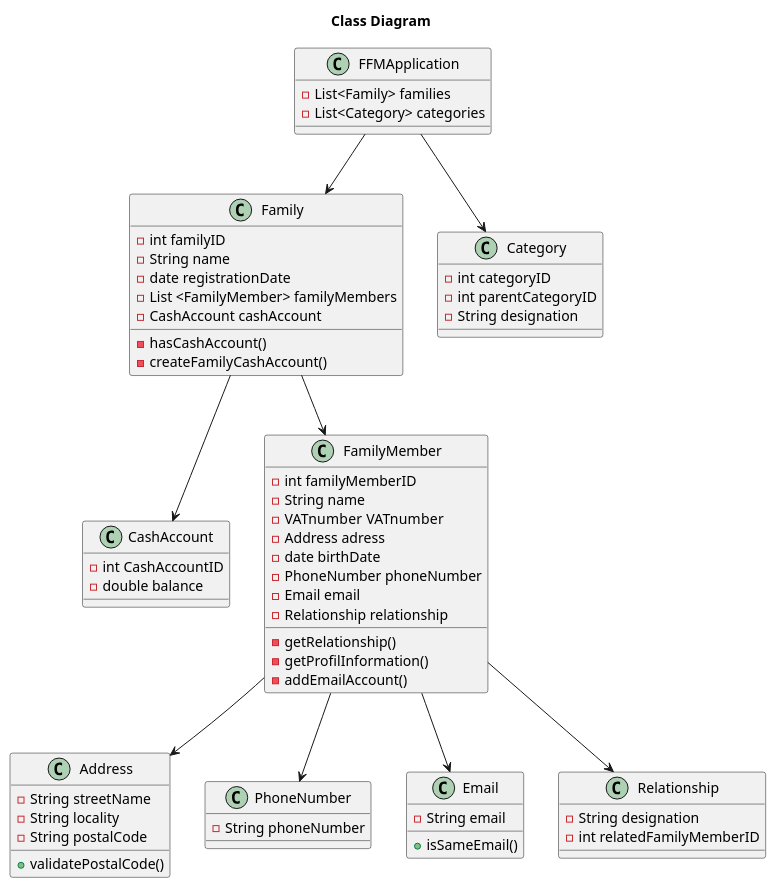
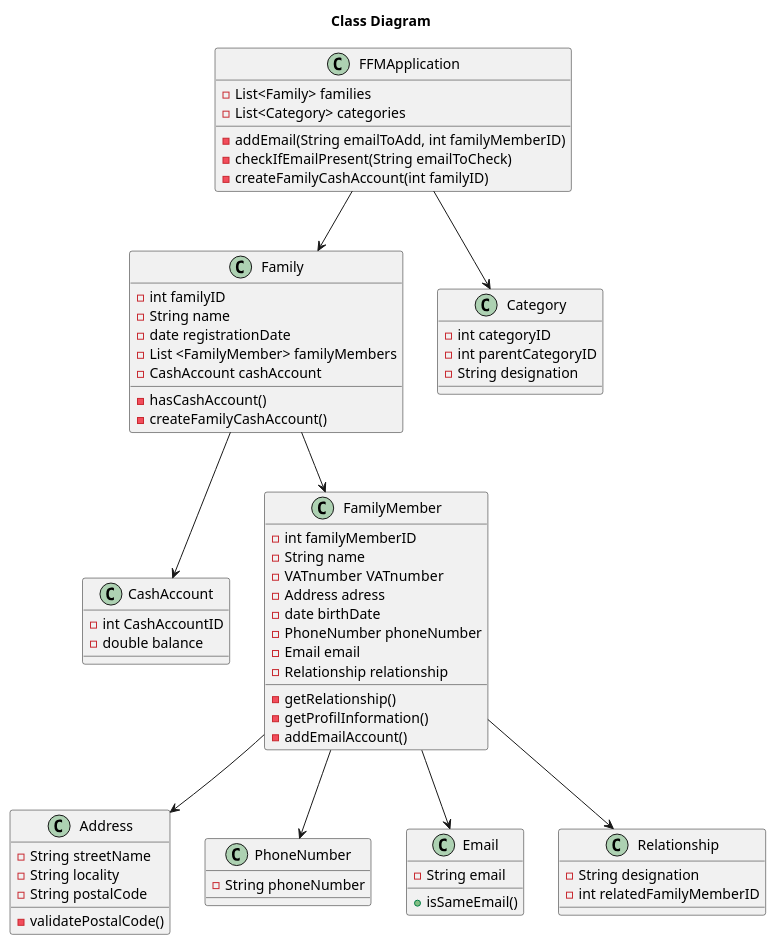
The diagram in docs/ClassDiagram.md (tomas-osswald/switch_2020_g3), drawn with PlantUML before and after one commit. The commit also changed 4 other files, not shown here.

Commit message:
Add classes CashAccount and CreateFamilyCashAccountController, add methods to Application and Family classes for us120, ClassDiagram update.

````diff
--- a/docs/ClassDiagram.md
+++ b/docs/ClassDiagram.md
@@ -5,73 +5,76 @@
 ```puml
 title Class Diagram
 
 class FFMApplication {
   - List<Family> families
   - List<Category> categories
+  - addEmail(String emailToAdd, int familyMemberID)
+  - checkIfEmailPresent(String emailToCheck)
+  - createFamilyCashAccount(int familyID)
 }
 
 class Family {
   - int familyID
   - String name
   - date registrationDate
   - List <FamilyMember> familyMembers
   - CashAccount cashAccount
   - hasCashAccount()
   - createFamilyCashAccount()
 }
 
 class Category {
   - int categoryID
   - int parentCategoryID
   - String designation
 }
 
 class CashAccount {
   - int CashAccountID
   - double balance
 }
 
 class FamilyMember {
   - int familyMemberID
   - String name
   - VATnumber VATnumber
   - Address adress
   - date birthDate
   - PhoneNumber phoneNumber
   - Email email
   - Relationship relationship
   - getRelationship()
   - getProfilInformation()
   - addEmailAccount()
 }
 
 class Address {
   - String streetName
   - String locality
   - String postalCode
-  + validatePostalCode()
+  - validatePostalCode()
 }
 
 class PhoneNumber {
   - String phoneNumber
 }
 
 class Email {
   - String email
   + isSameEmail()
 }
 
 class Relationship {
   - String designation
   - int relatedFamilyMemberID
 }
 
 Family --> CashAccount
 Family --> FamilyMember
 FamilyMember --> Address
 FamilyMember --> PhoneNumber
 FamilyMember --> Email
 FFMApplication --> Family
 FFMApplication --> Category
 FamilyMember --> Relationship
 ```
````
